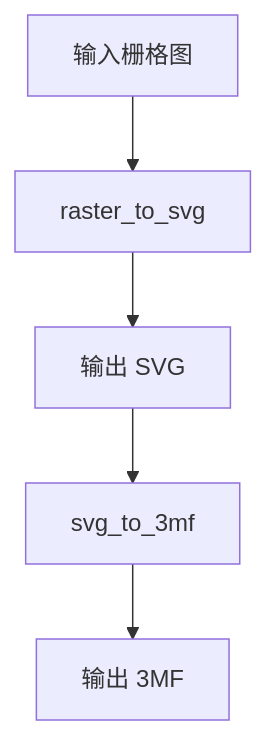
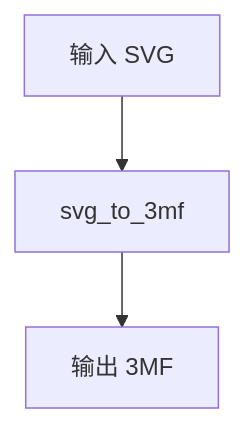
The second of 2 diagrams in apps/README.md (Cat-By-Cat/ChromaPrint3D), drawn with Mermaid before and after one commit. The commit also changed other lines of this file and 88 other files, not shown here.

````diff
--- a/apps/README.md
+++ b/apps/README.md
@@ -39,7 +40,5 @@
 ```mermaid
 flowchart TD
-    rasterInput[输入栅格图] --> raster2svg[raster_to_svg]
-    raster2svg --> svgInput[输出 SVG]
-    svgInput --> svg2mf[svg_to_3mf]
+    svgInput[输入 SVG] --> svg2mf[svg_to_3mf]
     svg2mf --> modelOut[输出 3MF]
 ```
````
